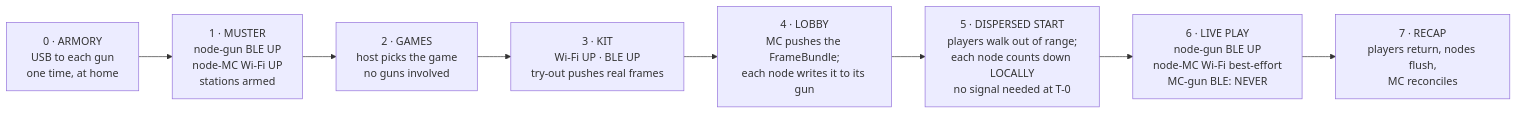
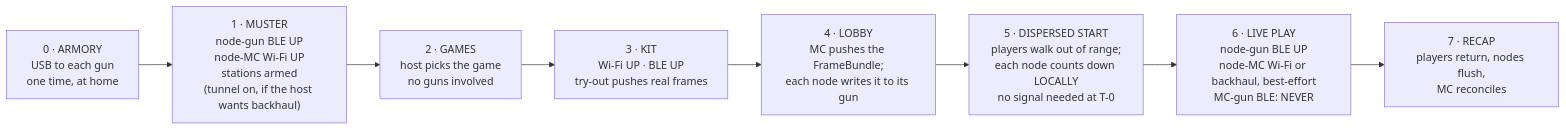
The fourth of 5 diagrams in docs/architecture-topology.md (tony99nyr/open-brx), drawn with Mermaid before and after one commit. The commit also changed other lines of this file and 1 other file, not shown here.

First line of the commit message:
Topology doc carries the backhaul line and today's proven/unproven state; the platform landing gets a Topology section

````diff
--- a/docs/architecture-topology.md
+++ b/docs/architecture-topology.md
@@ -183,12 +215,12 @@
 ```mermaid
 flowchart LR
   A["0 · ARMORY<br/>USB to each gun<br/>one time, at home"]
-  B["1 · MUSTER<br/>node-gun BLE UP<br/>node-MC Wi-Fi UP<br/>stations armed"]
+  B["1 · MUSTER<br/>node-gun BLE UP<br/>node-MC Wi-Fi UP<br/>stations armed<br/>(tunnel on, if the host wants backhaul)"]
   C["2 · GAMES<br/>host picks the game<br/>no guns involved"]
   D["3 · KIT<br/>Wi-Fi UP · BLE UP<br/>try-out pushes real frames"]
   E["4 · LOBBY<br/>MC pushes the FrameBundle;<br/>each node writes it to its gun"]
   F["5 · DISPERSED START<br/>players walk out of range;<br/>each node counts down LOCALLY<br/>no signal needed at T-0"]
-  G["6 · LIVE PLAY<br/>node-gun BLE UP<br/>node-MC Wi-Fi best-effort<br/>MC-gun BLE: NEVER"]
+  G["6 · LIVE PLAY<br/>node-gun BLE UP<br/>node-MC Wi-Fi or backhaul, best-effort<br/>MC-gun BLE: NEVER"]
   H["7 · RECAP<br/>players return, nodes flush,<br/>MC reconciles"]
   A --> B --> C --> D --> E --> F --> G --> H
 ```
````
